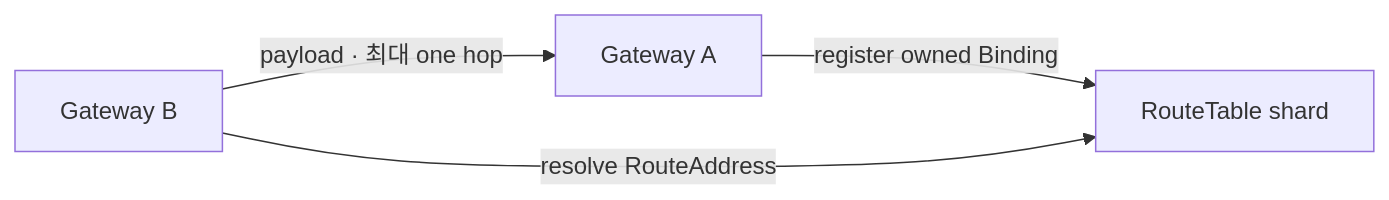
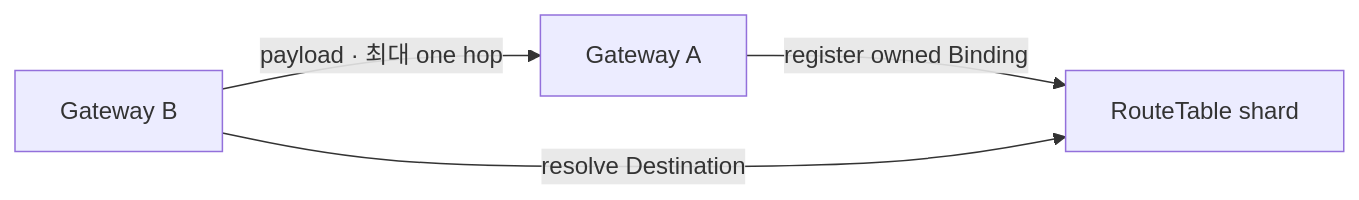
The diagram in docs/adr/005-current-state-routing-topology.md (cagojeiger/relaygate), drawn with Mermaid before and after one commit. The commit also changed other lines of this file and 149 other files, not shown here.

````diff
--- a/docs/adr/005-current-state-routing-topology.md
+++ b/docs/adr/005-current-state-routing-topology.md
@@ -17,6 +17,6 @@
 ```mermaid
 flowchart LR
     GWA[Gateway A] -->|register owned Binding| RT[RouteTable shard]
-    GWB[Gateway B] -->|resolve RouteAddress| RT
+    GWB[Gateway B] -->|resolve Destination| RT
     GWB -->|payload · 최대 one hop| GWA
 ```
````
